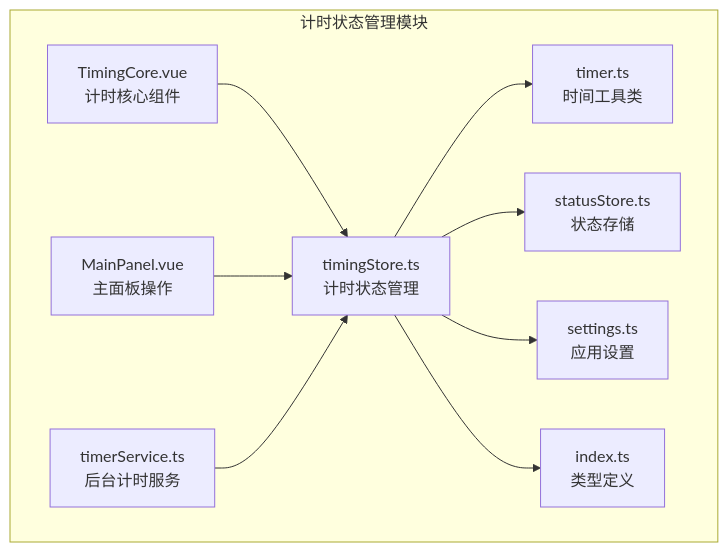
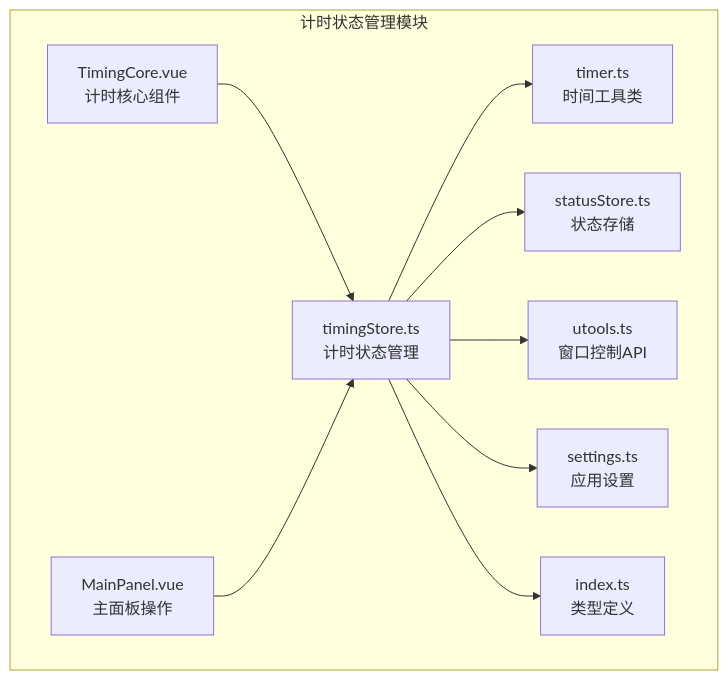
Before and after one commit to kqcoxn/utools-releax-tip: the first of 7 diagrams in .qoder/repowiki/zh/content/状态管理/计时状态管理.md, drawn with Mermaid. The commit also changed other lines of this file and 4 other files, not shown here.

````diff
--- a/.qoder/repowiki/zh/content/状态管理/计时状态管理.md
+++ b/.qoder/repowiki/zh/content/状态管理/计时状态管理.md
@@ -34,20 +40,20 @@
 ```mermaid
 graph TB
 subgraph "计时状态管理模块"
 TS[timingStore.ts<br/>计时状态管理]
 TU[timer.ts<br/>时间工具类]
 TC[TimingCore.vue<br/>计时核心组件]
 MP[MainPanel.vue<br/>主面板操作]
 SS[statusStore.ts<br/>状态存储]
-TSF[timerService.ts<br/>后台计时服务]
+UT[utools.ts<br/>窗口控制API]
 ST[settings.ts<br/>应用设置]
 TT[index.ts<br/>类型定义]
 end
 TS --> TU
 TS --> SS
+TS --> UT
 TC --> TS
 MP --> TS
-TSF --> TS
 TS --> ST
 TS --> TT
 ```
````
